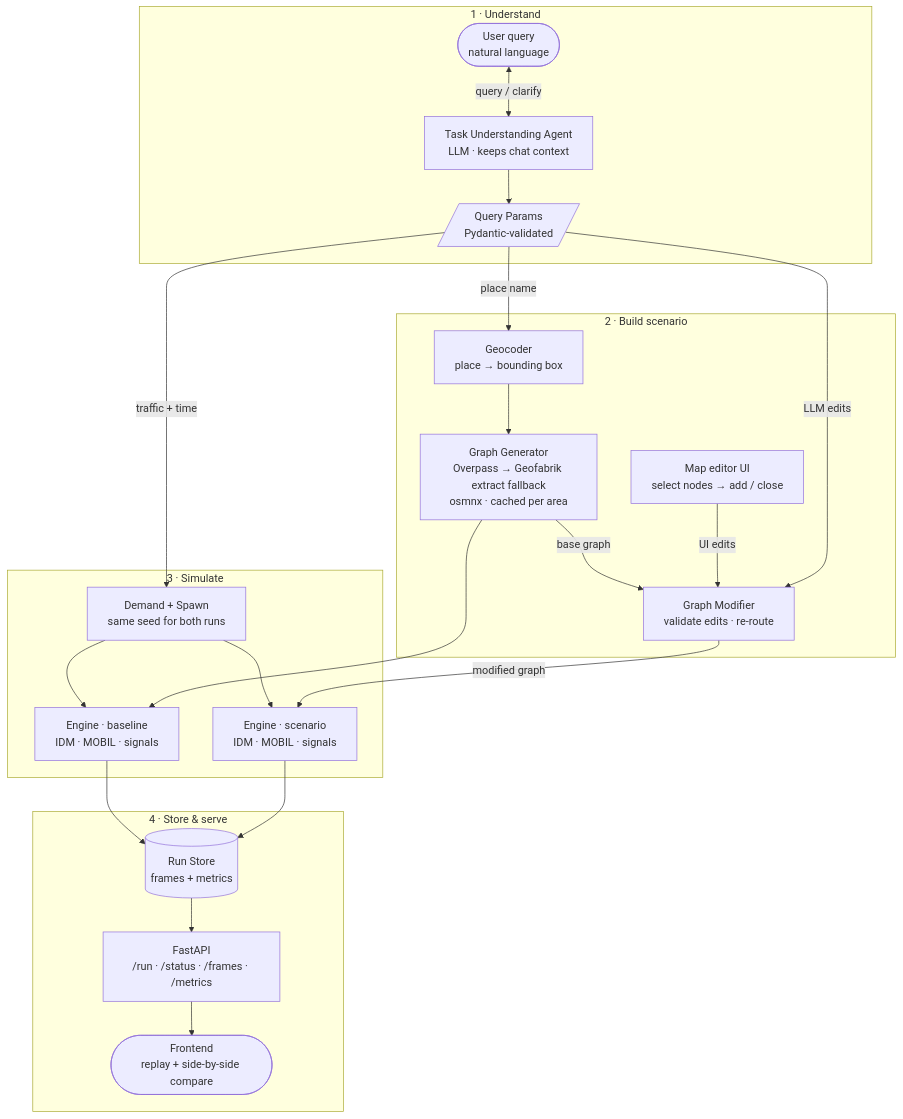
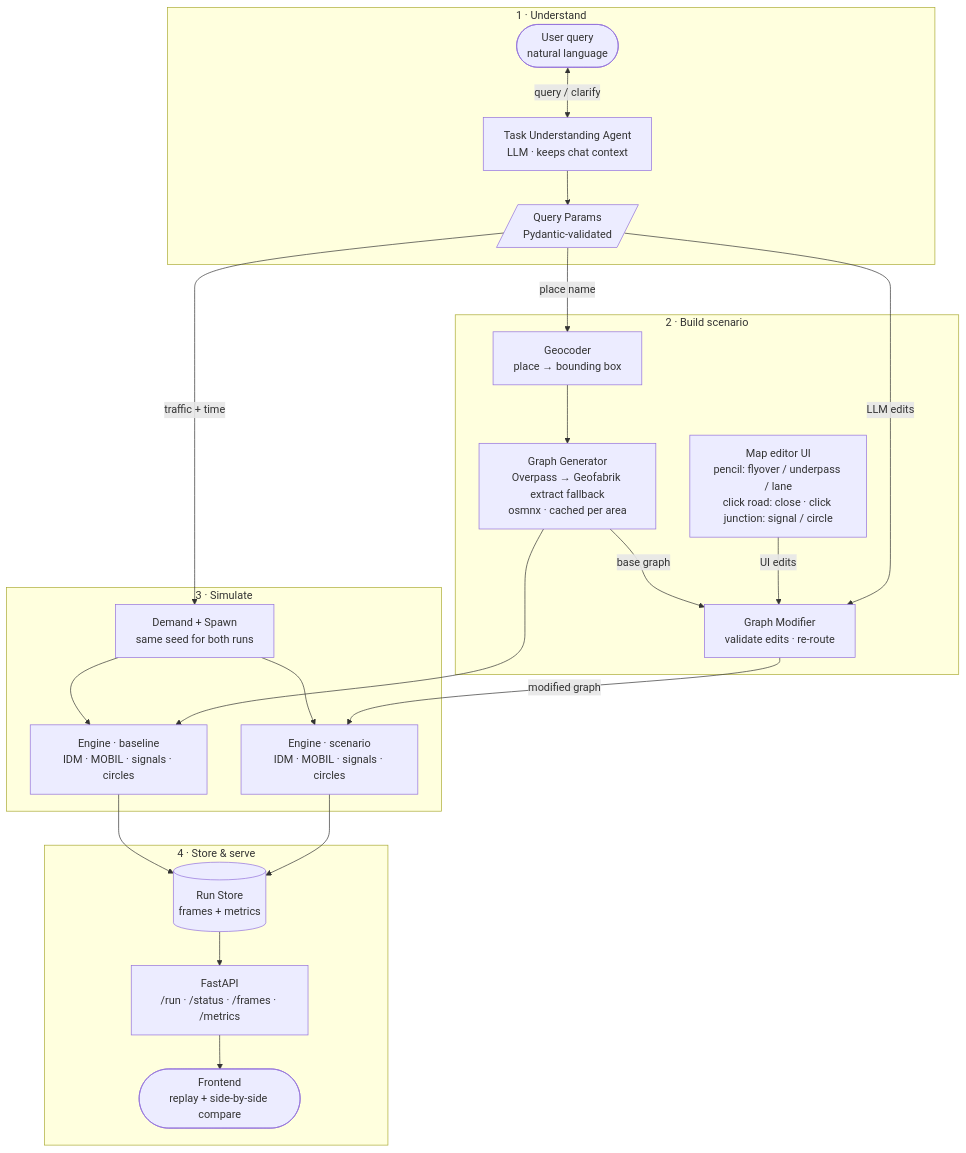
The diagram in architecture.md (sanyam-dev/vehicle-flow-sim), drawn with Mermaid before and after one commit. The commit also changed other lines of this file and 4 other files, not shown here.

First line of the commit message:
Bug report, architecture notes; hold lanes through junctions

````diff
--- a/architecture.md
+++ b/architecture.md
@@ -5,43 +5,43 @@
 ```mermaid
 flowchart TD
   subgraph U[1 · Understand]
     Q([User query<br/>natural language])
     A[Task Understanding Agent<br/>LLM · keeps chat context]
     P[/Query Params<br/>Pydantic-validated/]
     Q <-->|query / clarify| A
     A --> P
   end
 
   subgraph B[2 · Build scenario]
     G[Geocoder<br/>place → bounding box]
     GG[Graph Generator<br/>Overpass → Geofabrik extract fallback<br/>osmnx · cached per area]
     GM[Graph Modifier<br/>validate edits · re-route]
-    ME[Map editor UI<br/>select nodes → add / close]
+    ME[Map editor UI<br/>pencil: flyover / underpass / lane<br/>click road: close · click junction: signal / circle]
     G --> GG
     GG -->|base graph| GM
     ME -->|UI edits| GM
   end
 
   subgraph S[3 · Simulate]
-    EB[Engine · baseline<br/>IDM · MOBIL · signals]
+    EB[Engine · baseline<br/>IDM · MOBIL · signals · circles]
     D[Demand + Spawn<br/>same seed for both runs]
-    ES[Engine · scenario<br/>IDM · MOBIL · signals]
+    ES[Engine · scenario<br/>IDM · MOBIL · signals · circles]
     D --> EB
     D --> ES
   end
 
   subgraph V[4 · Store & serve]
     RS[(Run Store<br/>frames + metrics)]
     API[FastAPI<br/>/run · /status · /frames · /metrics]
     FE([Frontend<br/>replay + side-by-side compare])
     RS --> API --> FE
   end
 
   P -->|place name| G
   P -->|LLM edits| GM
   P -->|traffic + time| D
   GG --> EB
   GM -->|modified graph| ES
   EB --> RS
   ES --> RS
 ```
````
